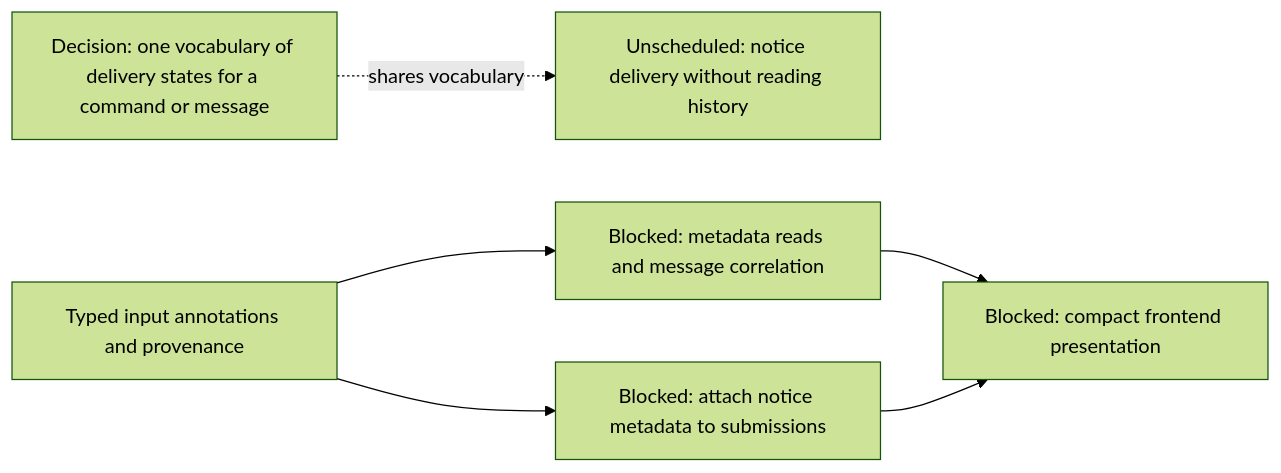
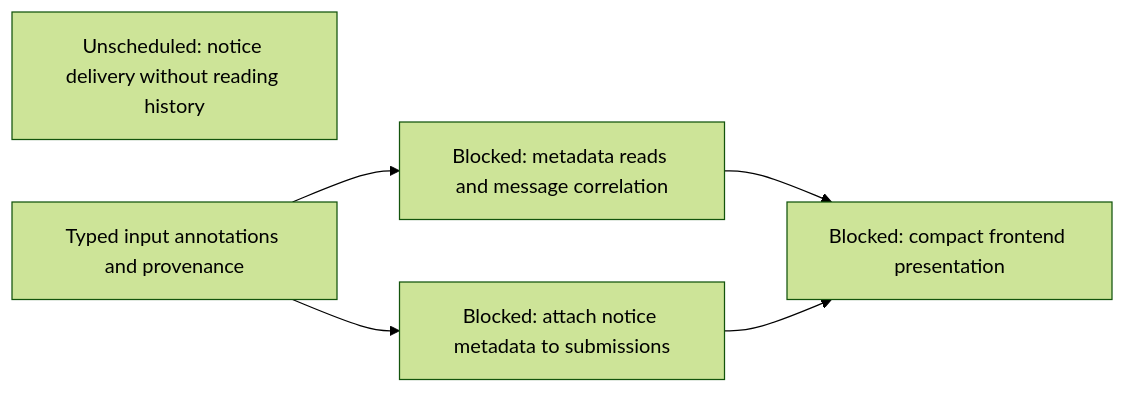
One commit to agentydragon/ducktape changed the second of 15 diagrams in agentplane/plans/task_dag.md. Above: the diagram before and after it, drawn with Mermaid (forest theme). The commit also changed other lines of this file and 24 other files, not shown here.

````diff
--- a/agentplane/plans/task_dag.md
+++ b/agentplane/plans/task_dag.md
@@ -34,14 +50,12 @@
 ```mermaid
 flowchart LR
     NOTIFICATION_COMMAND_OUTCOME_DESIGN[Unscheduled: notice delivery without reading history]
-    COMMAND_DELIVERY_STATES[Decision: one vocabulary of delivery states for a command or message]
-    COMMAND_DELIVERY_STATES -. shares vocabulary .-> NOTIFICATION_COMMAND_OUTCOME_DESIGN
     SESSION_INPUT_METADATA[Typed input annotations and provenance]
     SESSION_INPUT_METADATA_READ[Blocked: metadata reads and message correlation]
     NOTIFICATION_NOTICE_METADATA[Blocked: attach notice metadata to submissions]
     NOTIFICATION_PRESENTATION[Blocked: compact frontend presentation]
     SESSION_INPUT_METADATA --> SESSION_INPUT_METADATA_READ
     SESSION_INPUT_METADATA --> NOTIFICATION_NOTICE_METADATA
     SESSION_INPUT_METADATA_READ --> NOTIFICATION_PRESENTATION
     NOTIFICATION_NOTICE_METADATA --> NOTIFICATION_PRESENTATION
 ```
````
